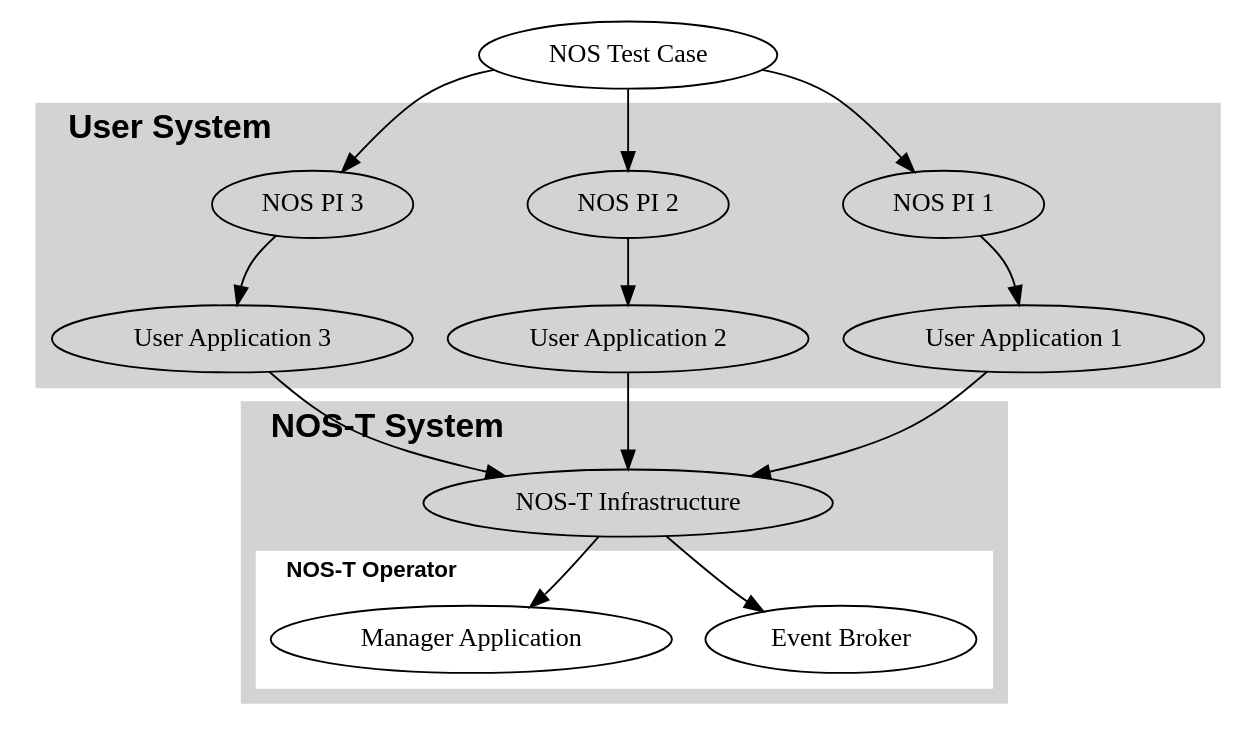
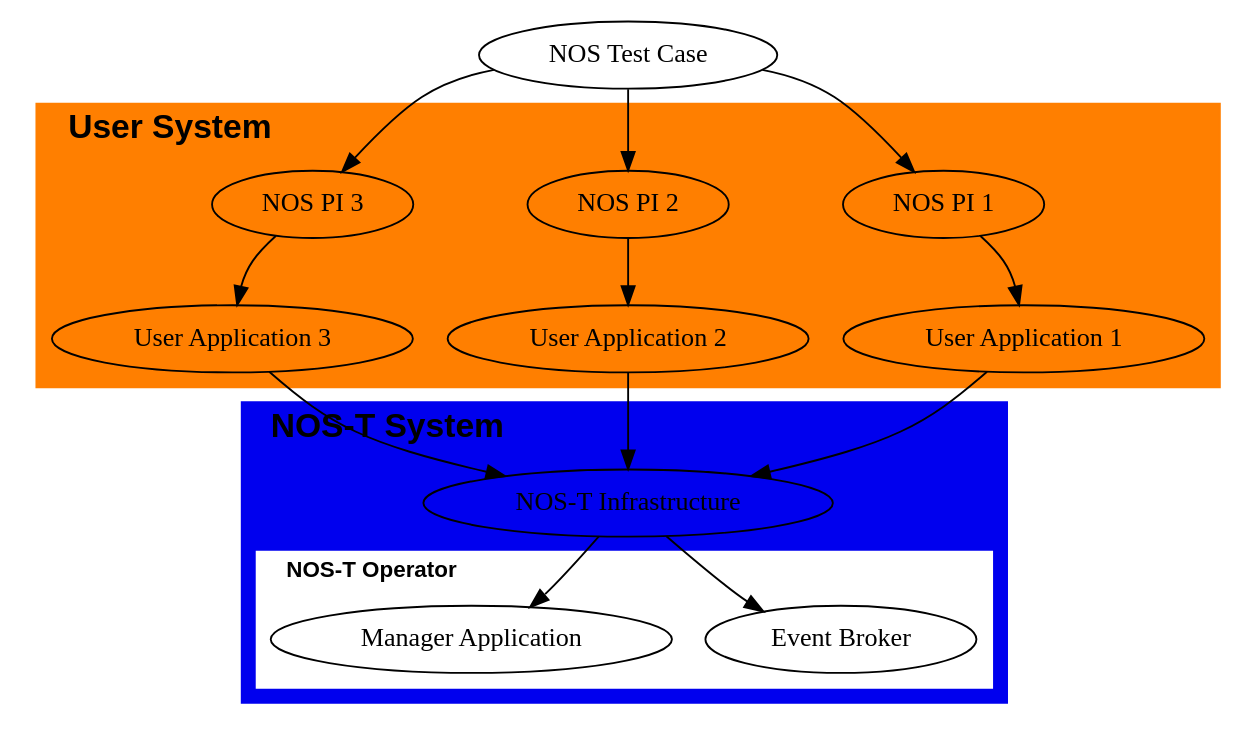
Before and after one commit to code-lab-org/nost-tools: the diagram in docs/source/index.rst, drawn with Graphviz.

Commit message:
change colors

```diff
--- a/docs/source/index.rst
+++ b/docs/source/index.rst
@@ -40,56 +40,56 @@
 .. graphviz::
    :name: nos_t_concept
    :caption: NOS-T Graphical Concept: Visual representation of the testbed architecture and operational flow
    :align: center
 
    digraph {
       splines=curved;
       overlap=false;
 
       "NOS Test Case" -> "NOS PI 1";
       "NOS Test Case" -> "NOS PI 2";
       "NOS Test Case" -> "NOS PI 3";
       
       subgraph cluster0 {
          style=filled;
-         color=lightgrey;
+         color=darkorange1;
          label="User System";
          labeljust="l";
          fontsize=18;
          fontname="Helvetica-Bold";
          
          "NOS PI 1" -> "User Application 1";
          "NOS PI 2" -> "User Application 2";
          "NOS PI 3" -> "User Application 3";
          
       }
       
       subgraph cluster1 {
          style=filled;
-         color=lightgrey;
+         color=blue2;
          label="NOS-T System";
          labeljust="l";
          fontsize=18;
          fontname="Helvetica-Bold";
          
          "NOS-T Infrastructure" -> "Event Broker";
          "NOS-T Infrastructure" -> "Manager Application";
          
          subgraph cluster2 {
                style=filled;
                color=white;
                labelloc="t";
                fontsize=12;
                label="NOS-T Operator";
                
                "Event Broker";
                "Manager Application";
                
          }
          
       }
       "User Application 1" -> "NOS-T Infrastructure";
       "User Application 2" -> "NOS-T Infrastructure";
       "User Application 3" -> "NOS-T Infrastructure";
       
    }
```
